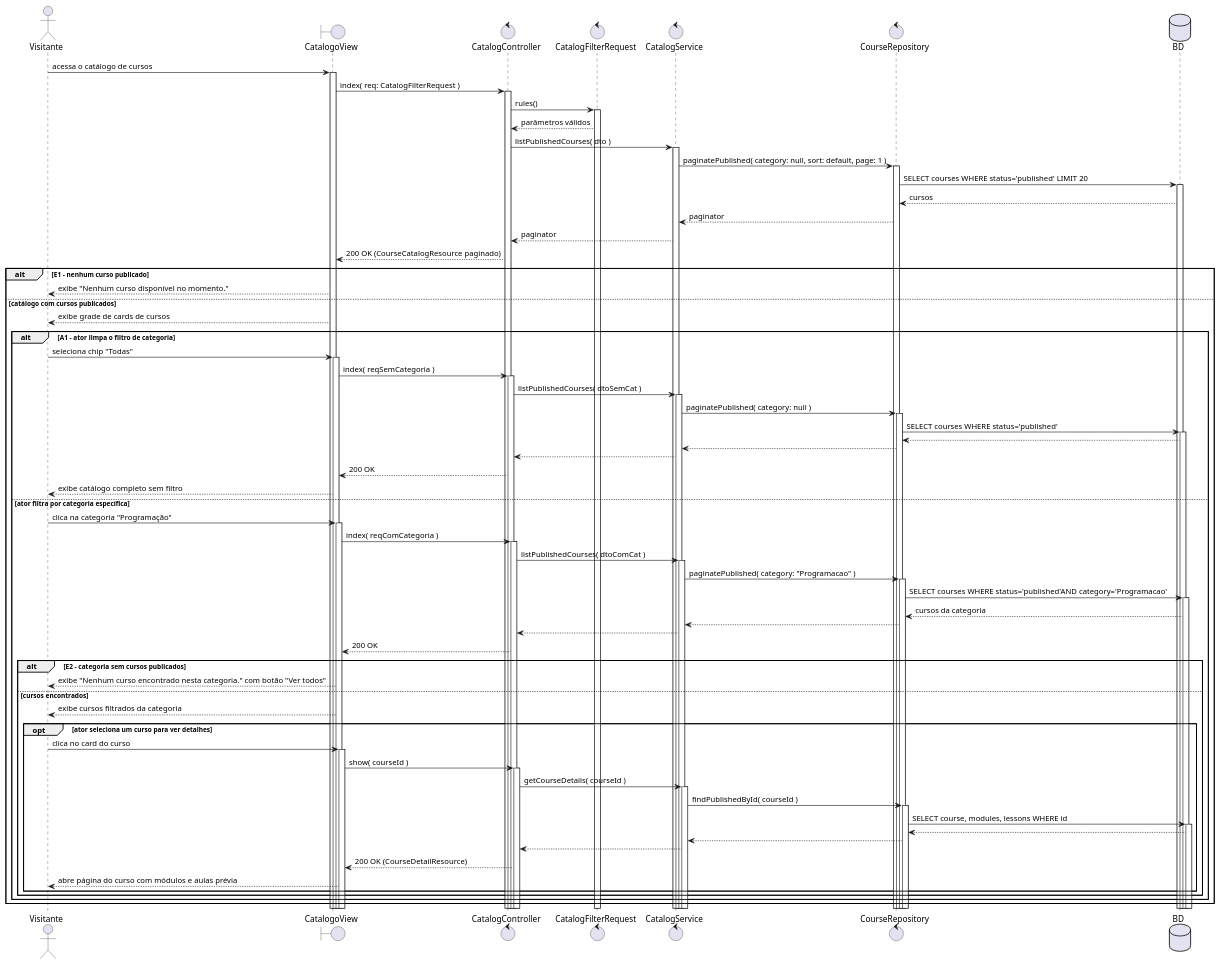
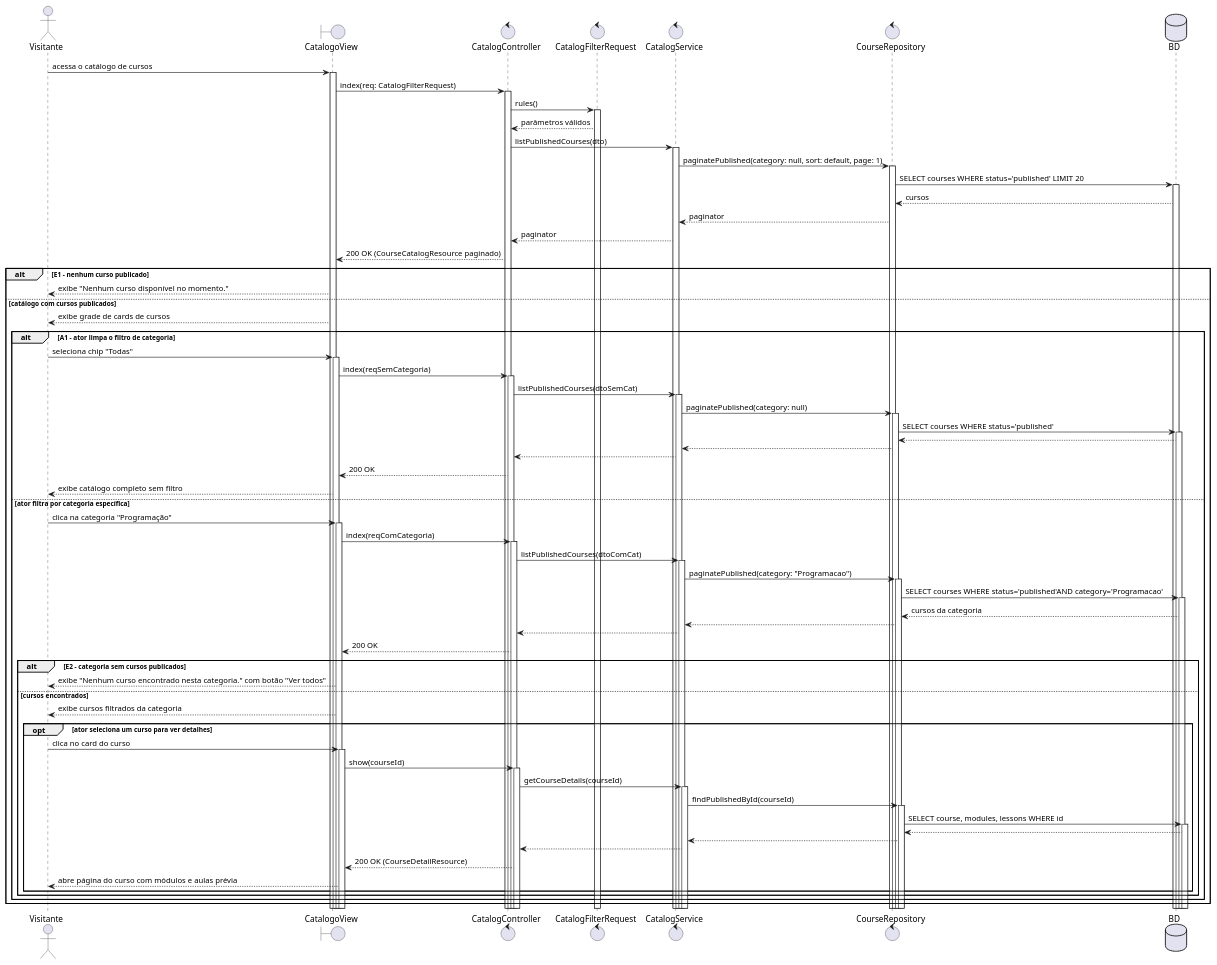
The diagram in scripts/drawio-seqgen/exemplos/14-sequencia-uc020.puml (Plataforma-de-Cursos-TCC/plataforma-cursos-docs), drawn with PlantUML before and after one commit. The commit also changed 17 other files, not shown here.

First line of the commit message:
docs(diagrama-de-sequencia): remove spaces inside call parentheses

```diff
--- a/scripts/drawio-seqgen/exemplos/14-sequencia-uc020.puml
+++ b/scripts/drawio-seqgen/exemplos/14-sequencia-uc020.puml
@@ -3,64 +3,64 @@
 @startuml 14-sequencia-uc020
 actor Visitante as P0
 boundary CatalogoView
 control CatalogController
 control CatalogFilterRequest
 control CatalogService
 control CourseRepository
 database BD
 P0 -> CatalogoView ++ : acessa o catálogo de cursos
-CatalogoView -> CatalogController ++ : index( req: CatalogFilterRequest )
+CatalogoView -> CatalogController ++ : index(req: CatalogFilterRequest)
 CatalogController -> CatalogFilterRequest ++ : rules()
 CatalogFilterRequest --> CatalogController : parâmetros válidos
-CatalogController -> CatalogService ++ : listPublishedCourses( dto )
-CatalogService -> CourseRepository ++ : paginatePublished( category: null, sort: default, page: 1 )
+CatalogController -> CatalogService ++ : listPublishedCourses(dto)
+CatalogService -> CourseRepository ++ : paginatePublished(category: null, sort: default, page: 1)
 CourseRepository -> BD ++ : SELECT courses WHERE status='published' LIMIT 20
 BD --> CourseRepository : cursos
 CourseRepository --> CatalogService : paginator
 CatalogService --> CatalogController : paginator
 CatalogController --> CatalogoView : 200 OK (CourseCatalogResource paginado)
 alt E1 - nenhum curso publicado
 CatalogoView --> P0 : exibe "Nenhum curso disponível no momento."
 else catálogo com cursos publicados
 CatalogoView --> P0 : exibe grade de cards de cursos
 alt A1 - ator limpa o filtro de categoria
 P0 -> CatalogoView ++ : seleciona chip "Todas"
-CatalogoView -> CatalogController ++ : index( reqSemCategoria )
-CatalogController -> CatalogService ++ : listPublishedCourses( dtoSemCat )
-CatalogService -> CourseRepository ++ : paginatePublished( category: null )
+CatalogoView -> CatalogController ++ : index(reqSemCategoria)
+CatalogController -> CatalogService ++ : listPublishedCourses(dtoSemCat)
+CatalogService -> CourseRepository ++ : paginatePublished(category: null)
 CourseRepository -> BD ++ : SELECT courses WHERE status='published'
 BD --> CourseRepository
 CourseRepository --> CatalogService
 CatalogService --> CatalogController
 CatalogController --> CatalogoView : 200 OK
 CatalogoView --> P0 : exibe catálogo completo sem filtro
 else ator filtra por categoria específica
 P0 -> CatalogoView ++ : clica na categoria "Programação"
-CatalogoView -> CatalogController ++ : index( reqComCategoria )
-CatalogController -> CatalogService ++ : listPublishedCourses( dtoComCat )
-CatalogService -> CourseRepository ++ : paginatePublished( category: "Programacao" )
+CatalogoView -> CatalogController ++ : index(reqComCategoria)
+CatalogController -> CatalogService ++ : listPublishedCourses(dtoComCat)
+CatalogService -> CourseRepository ++ : paginatePublished(category: "Programacao")
 CourseRepository -> BD ++ : SELECT courses WHERE status='published'AND category='Programacao'
 BD --> CourseRepository : cursos da categoria
 CourseRepository --> CatalogService
 CatalogService --> CatalogController
 CatalogController --> CatalogoView : 200 OK
 alt E2 - categoria sem cursos publicados
 CatalogoView --> P0 : exibe "Nenhum curso encontrado nesta categoria." com botão "Ver todos"
 else cursos encontrados
 CatalogoView --> P0 : exibe cursos filtrados da categoria
 opt ator seleciona um curso para ver detalhes
 P0 -> CatalogoView ++ : clica no card do curso
-CatalogoView -> CatalogController ++ : show( courseId )
-CatalogController -> CatalogService ++ : getCourseDetails( courseId )
-CatalogService -> CourseRepository ++ : findPublishedById( courseId )
+CatalogoView -> CatalogController ++ : show(courseId)
+CatalogController -> CatalogService ++ : getCourseDetails(courseId)
+CatalogService -> CourseRepository ++ : findPublishedById(courseId)
 CourseRepository -> BD ++ : SELECT course, modules, lessons WHERE id
 BD --> CourseRepository
 CourseRepository --> CatalogService
 CatalogService --> CatalogController
 CatalogController --> CatalogoView : 200 OK (CourseDetailResource)
 CatalogoView --> P0 : abre página do curso com módulos e aulas prévia
 end
 end
 end
 end
 @enduml
```
